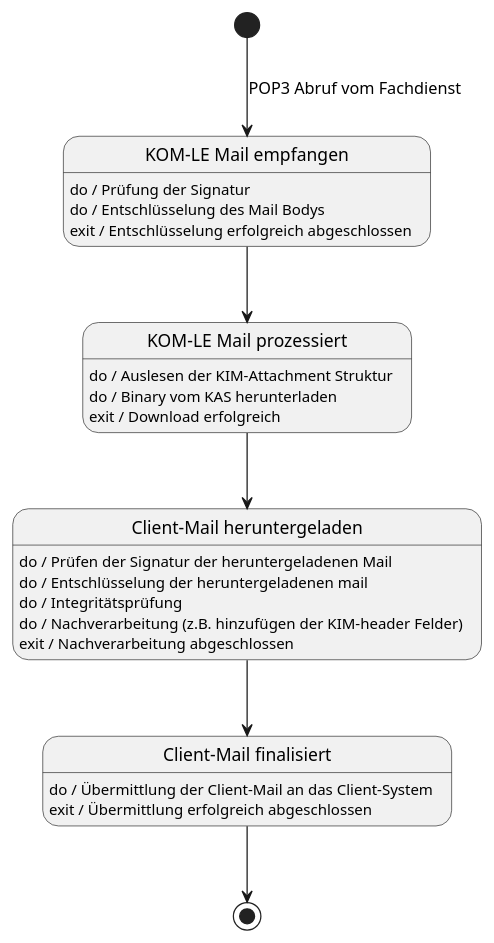
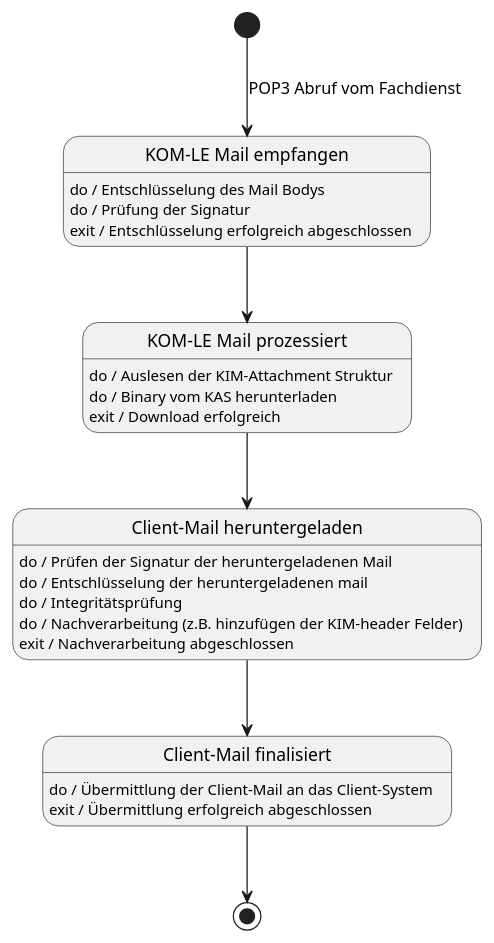
One commit to gematik/api-kim changed the diagram in src/plantuml/eMail_status_empfangen.puml. Above: the diagram before and after it, drawn with PlantUML. The commit also changed other lines of this file, not shown here.

```diff
--- a/src/plantuml/eMail_status_empfangen.puml
+++ b/src/plantuml/eMail_status_empfangen.puml
@@ -1,31 +1,31 @@
 @startuml
 scale max 2048 width
 
 state "KOM-LE Mail empfangen" as rkm
+rkm: do / Entschlüsselung des Mail Bodys
 rkm: do / Prüfung der Signatur
-rkm: do / Entschlüsselung des Mail Bodys
 rkm: exit / Entschlüsselung erfolgreich abgeschlossen
 
 state "KOM-LE Mail prozessiert" as dkm
 dkm: do / Auslesen der KIM-Attachment Struktur
 dkm: do / Binary vom KAS herunterladen
 dkm: exit / Download erfolgreich
 
 state "Client-Mail heruntergeladen" as kdcm
 kdcm: do / Prüfen der Signatur der heruntergeladenen Mail
 kdcm: do / Entschlüsselung der heruntergeladenen mail
 kdcm: do / Integritätsprüfung
 kdcm: do / Nachverarbeitung (z.B. hinzufügen der KIM-header Felder)
 kdcm: exit / Nachverarbeitung abgeschlossen
 
 state "Client-Mail finalisiert" as cm
 cm: do / Übermittlung der Client-Mail an das Client-System
 cm: exit / Übermittlung erfolgreich abgeschlossen
 
 [*] -d-> rkm : POP3 Abruf vom Fachdienst
 rkm -d-> dkm
 dkm -d-> kdcm
 kdcm -d-> cm
 cm -d-> [*]
 
 @enduml
```
